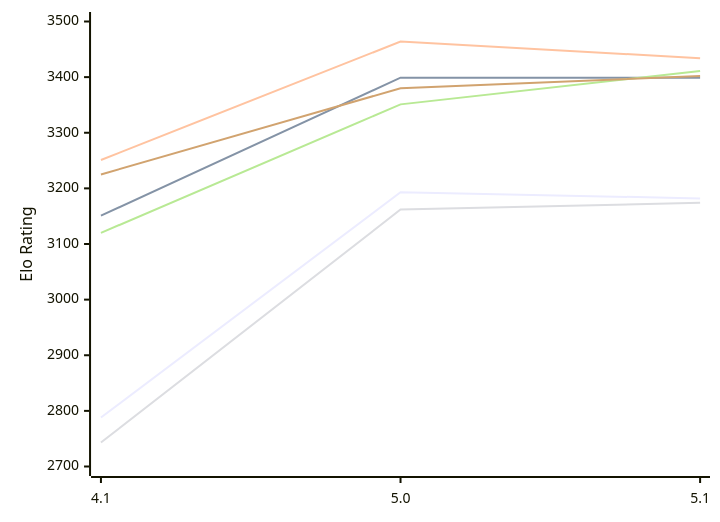
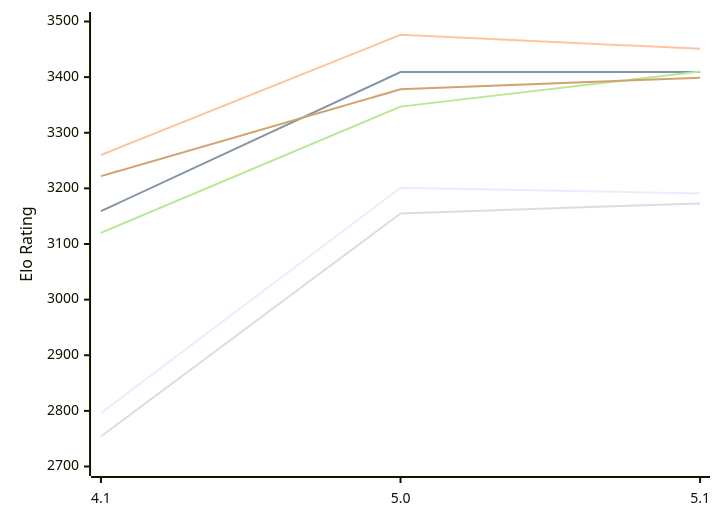
Before and after one commit to computer-chess-index/cci: the diagram in engines/NarcNext.md, drawn with Mermaid. The commit also changed other lines of this file, not shown here.

Commit message:
Update CCI Ratings (ELO VLTC) - 2026-11-16

````diff
--- a/engines/NarcNext.md
+++ b/engines/NarcNext.md
@@ -51,12 +51,12 @@
 ```mermaid
 %%{init: {"theme":"base","themeVariables":{"seriesColors:['#a3a3a3','#222221','#faa371']}}}%%
 xychart-beta
   x-axis ["4.1", "5.0", "5.1"]
   y-axis "Elo Rating" 2700 --> 3500
-  line "E1: STC (8.0+0.08s)" [2788, 3193, 3182]
-  line "E1: LTC (60.0+0.60s)" [3151, 3399, 3399]
-  line "E1: VLTC (2m24s+1.12s)" [3251, 3464, 3434]
-  line "P1: STC (8.0+0.08s)" [2743, 3162, 3174]
-  line "P1: LTC (60.0+0.60s)" [3120, 3351, 3411]
-  line "P1: VLTC (2m24s+1.12s)" [3225, 3380, 3402]
+  line "E1: STC (8.0+0.08s)" [2796, 3201, 3191]
+  line "E1: LTC (60.0+0.60s)" [3159, 3409, 3409]
+  line "E1: VLTC (2m24s+1.12s)" [3260, 3476, 3451]
+  line "P1: STC (8.0+0.08s)" [2754, 3155, 3173]
+  line "P1: LTC (60.0+0.60s)" [3120, 3347, 3410]
+  line "P1: VLTC (2m24s+1.12s)" [3222, 3378, 3399]
 ```
````
